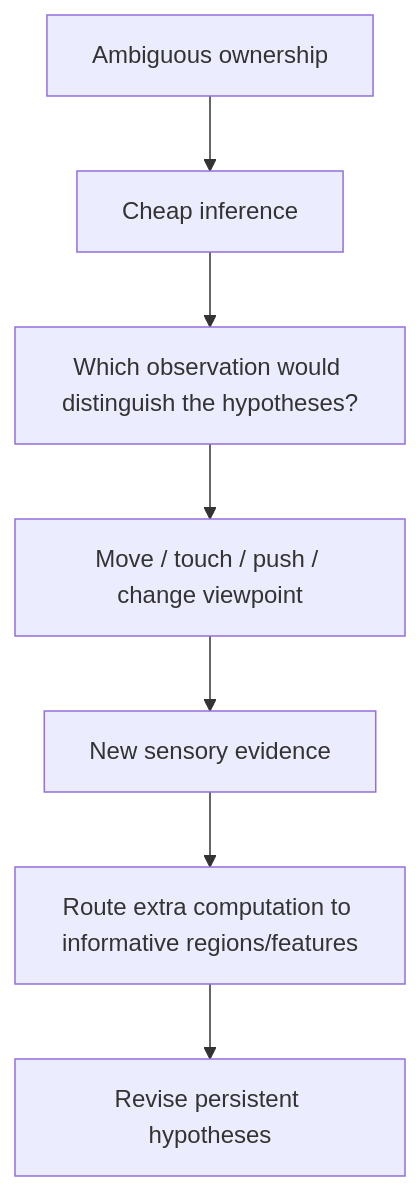
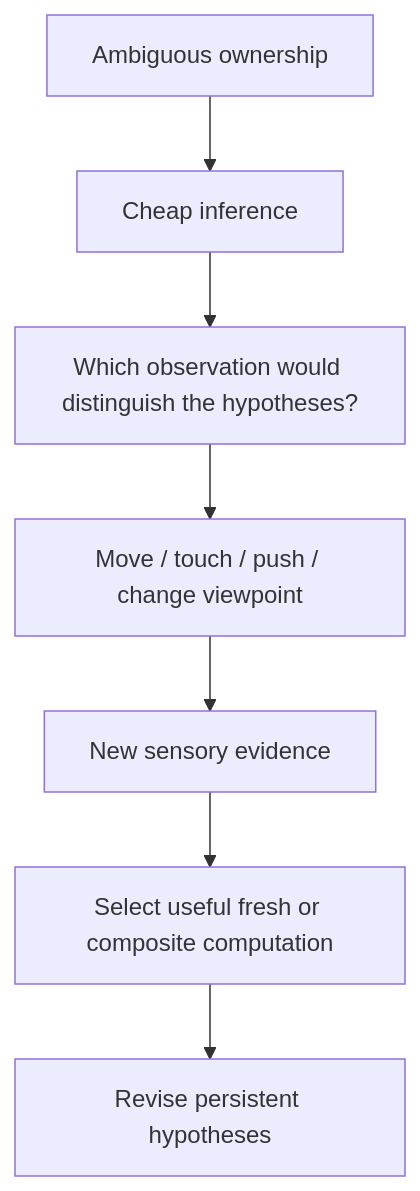
The second of 2 diagrams in _posts/2026-09-22-predictive-sensorimotor-grouping.md (spencerbug/spencerbug.github.io), drawn with Mermaid before and after one commit. The commit also changed other lines of this file, not shown here.

```diff
--- a/_posts/2026-09-22-predictive-sensorimotor-grouping.md
+++ b/_posts/2026-09-22-predictive-sensorimotor-grouping.md
@@ -422,9 +465,9 @@
 ~~~mermaid
 flowchart TD
     U["Ambiguous ownership"] --> C["Cheap inference"]
     C --> Q["Which observation would distinguish the hypotheses?"]
     Q --> A["Move / touch / push / change viewpoint"]
     A --> E["New sensory evidence"]
-    E --> R["Route extra computation to informative regions/features"]
+    E --> R["Select useful fresh or composite computation"]
     R --> H["Revise persistent hypotheses"]
 ~~~
```
